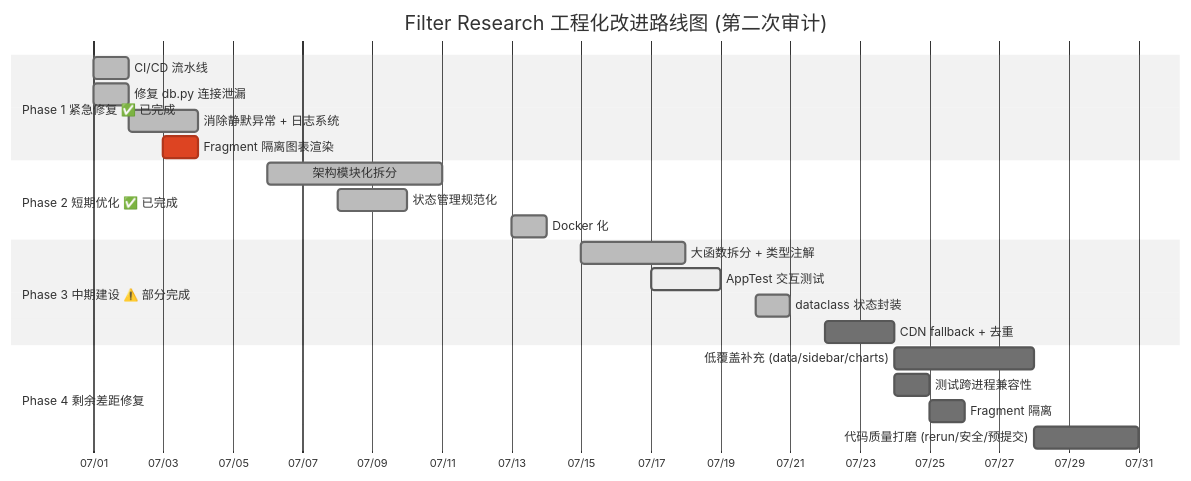
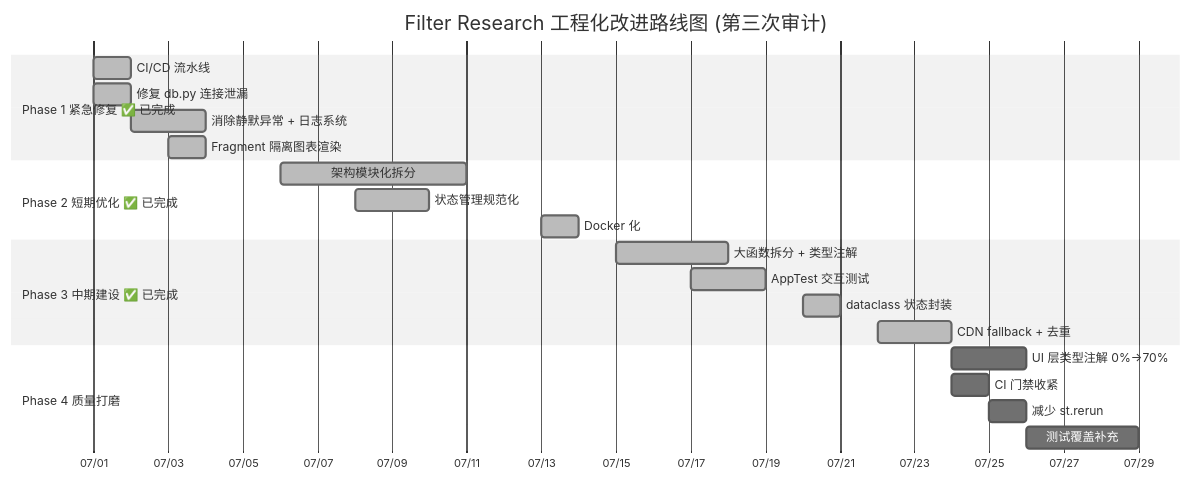
Before and after one commit to pxf0797/filter-algorithms-research: the third of 3 diagrams in docs/streamlit-engineering-analysis-report.md, drawn with Mermaid (neutral theme). The commit also changed other lines of this file, not shown here.

````diff
--- a/docs/streamlit-engineering-analysis-report.md
+++ b/docs/streamlit-engineering-analysis-report.md
@@ -440,29 +424,29 @@
 ```mermaid
 gantt
-    title Filter Research 工程化改进路线图 (第二次审计)
+    title Filter Research 工程化改进路线图 (第三次审计)
     dateFormat  YYYY-MM-DD
     axisFormat  %m/%d
 
     section Phase 1 紧急修复 ✅ 已完成
     CI/CD 流水线           :done, p1a, 2026-07-01, 1d
     修复 db.py 连接泄漏     :done, p1b, 2026-07-01, 1d
     消除静默异常 + 日志系统 :done, p1c, 2026-07-02, 2d
-    Fragment 隔离图表渲染  :crit, p1d, 2026-07-03, 1d
+    Fragment 隔离图表渲染  :done, p1d, 2026-07-03, 1d
 
     section Phase 2 短期优化 ✅ 已完成
     架构模块化拆分          :done, p2a, 2026-07-06, 5d
     状态管理规范化          :done, p2c, 2026-07-08, 2d
     Docker 化              :done, p2e, 2026-07-13, 1d
 
-    section Phase 3 中期建设 ⚠️ 部分完成
+    section Phase 3 中期建设 ✅ 已完成
     大函数拆分 + 类型注解   :done, p3a, 2026-07-15, 3d
-    AppTest 交互测试        :active, p3b, 2026-07-17, 2d
+    AppTest 交互测试        :done, p3b, 2026-07-17, 2d
     dataclass 状态封装      :done, p3c, 2026-07-20, 1d
-    CDN fallback + 去重     :p3d, 2026-07-22, 2d
+    CDN fallback + 去重     :done, p3d, 2026-07-22, 2d
 
-    section Phase 4 剩余差距修复
-    低覆盖补充 (data/sidebar/charts) :p4a, 2026-07-24, 4d
-    测试跨进程兼容性        :p4b, 2026-07-24, 1d
-    Fragment 隔离          :p4c, 2026-07-25, 1d
-    代码质量打磨 (rerun/安全/预提交) :p4d, 2026-07-28, 3d
+    section Phase 4 质量打磨
+    UI 层类型注解 0%→70%   :p4a, after p3d, 2d
+    CI 门禁收紧            :p4b, after p3d, 1d
+    减少 st.rerun          :p4c, after p4b, 1d
+    测试覆盖补充           :p4d, after p4c, 3d
 ```
````
